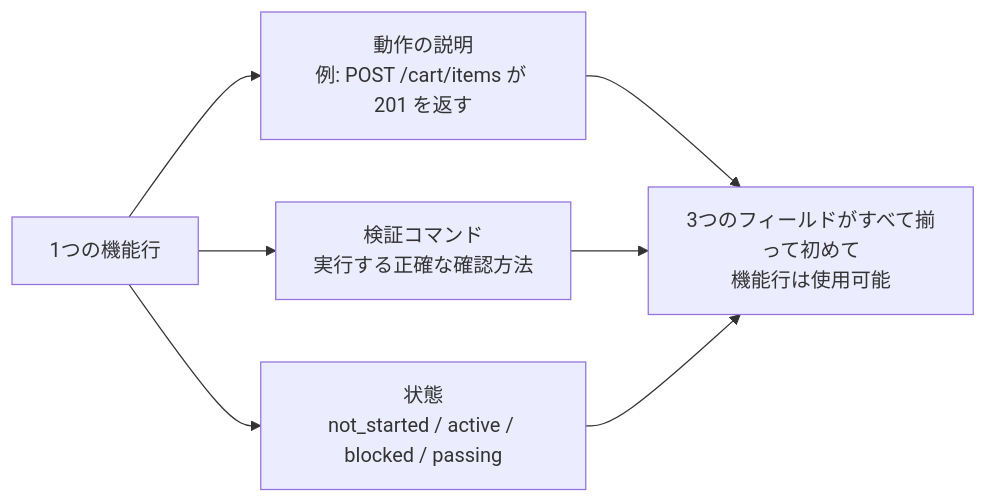
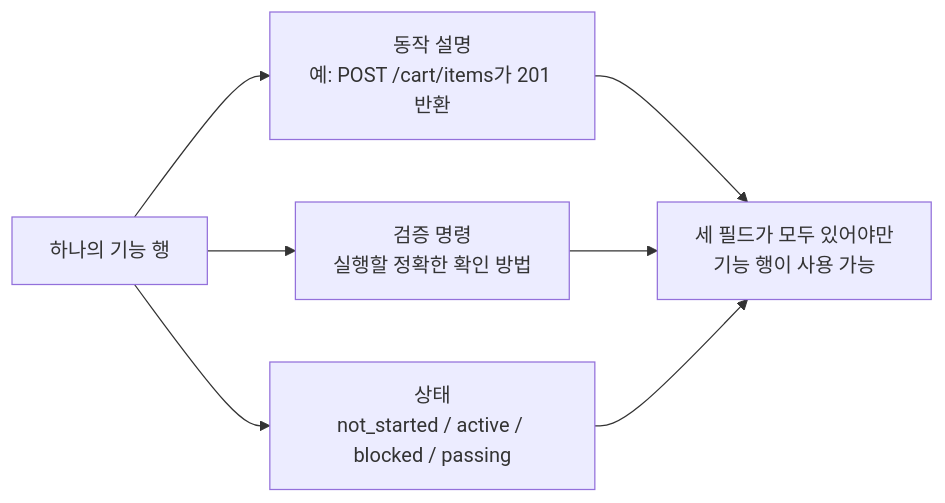
Before and after one commit to mkusaka/learn-harness-engineering: the first of 2 diagrams in docs/ko/lectures/lecture-08-why-feature-lists-are-harness-primitives/index.md, drawn with Mermaid. The commit also changed other lines of this file and 684 other files, not shown here.

````diff
--- a/docs/ko/lectures/lecture-08-why-feature-lists-are-harness-primitives/index.md
+++ b/docs/ko/lectures/lecture-08-why-feature-lists-are-harness-primitives/index.md
@@ -29,10 +29,10 @@
 ```mermaid
 flowchart LR
-    Feature["1つの機能行"] --> Behavior["動作の説明<br/>例: POST /cart/items が 201 を返す"]
-    Feature --> Check["検証コマンド<br/>実行する正確な確認方法"]
-    Feature --> State["状態<br/>not_started / active / blocked / passing"]
+    Feature["하나의 기능 행"] --> Behavior["동작 설명<br/>예: POST /cart/items가 201 반환"]
+    Feature --> Check["검증 명령<br/>실행할 정확한 확인 방법"]
+    Feature --> State["상태<br/>not_started / active / blocked / passing"]
 
-    Behavior --> Complete["3つのフィールドがすべて揃って初めて<br/>機能行は使用可能"]
+    Behavior --> Complete["세 필드가 모두 있어야만<br/>기능 행이 사용 가능"]
     Check --> Complete
     State --> Complete
 ```
````
